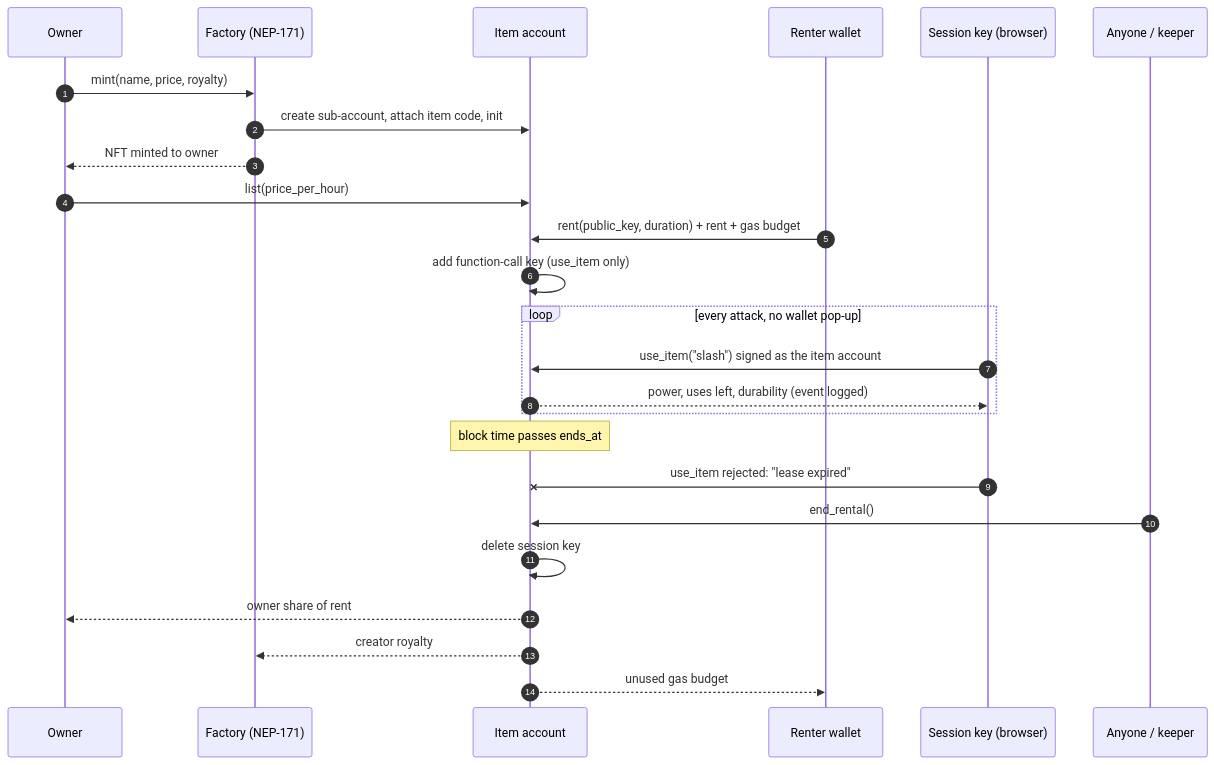
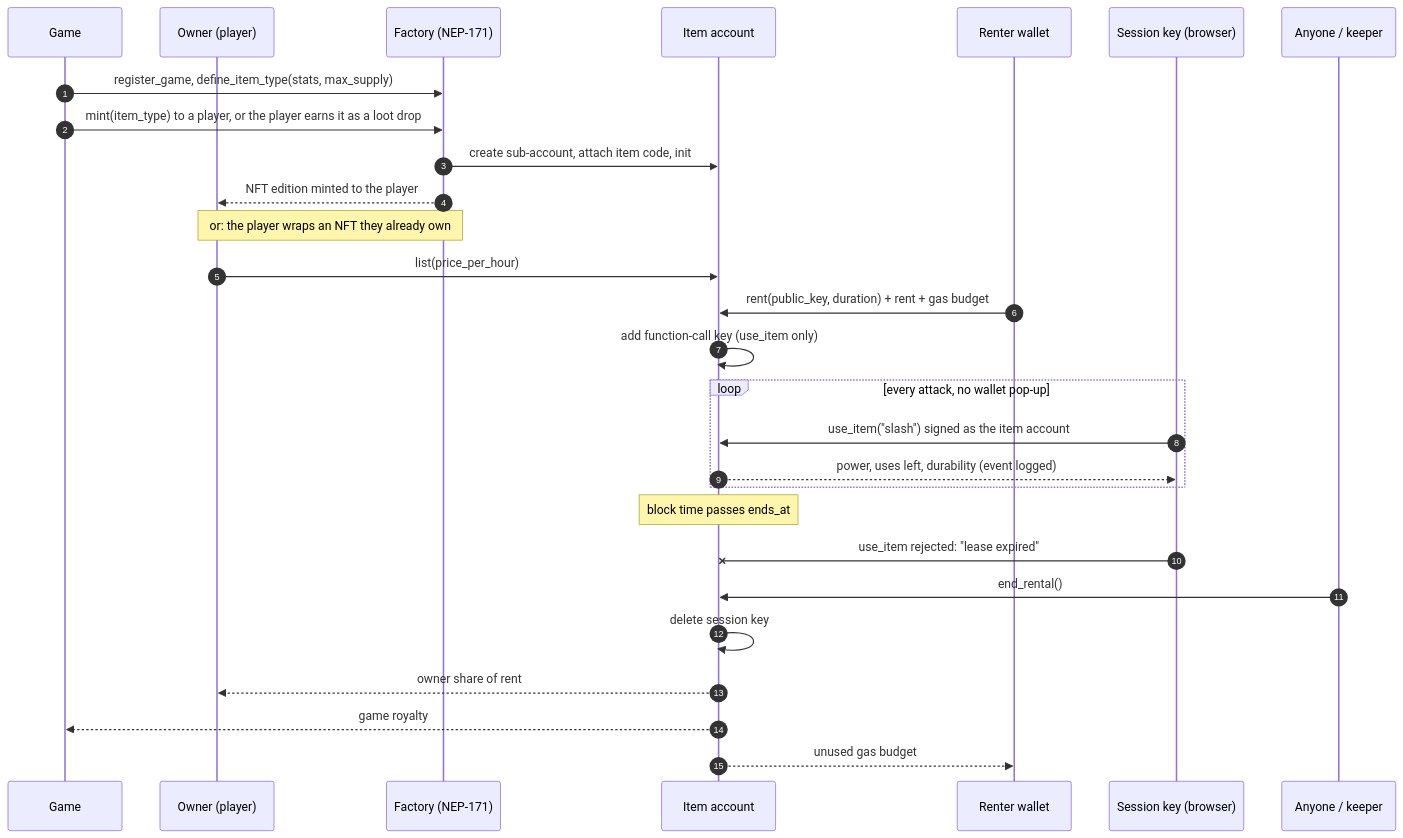
One commit to amannx21/LEASEKEY changed the diagram in README.md. Above: the diagram before and after it, drawn with Mermaid. The commit also changed other lines of this file and 3 other files, not shown here.

Commit message:
Docs: README diagram and features, new DEMO shot list, progress, Q&A 20-21

````diff
--- a/README.md
+++ b/README.md
@@ -47,28 +47,31 @@
 ```mermaid
 sequenceDiagram
     autonumber
-    participant O as Owner
+    participant G as Game
+    participant O as Owner (player)
     participant F as Factory (NEP-171)
     participant I as Item account
     participant R as Renter wallet
     participant K as Session key (browser)
     participant A as Anyone / keeper
 
-    O->>F: mint(name, price, royalty)
+    G->>F: register_game, define_item_type(stats, max_supply)
+    G->>F: mint(item_type) to a player, or the player earns it as a loot drop
     F->>I: create sub-account, attach item code, init
-    F-->>O: NFT minted to owner
+    F-->>O: NFT edition minted to the player
+    Note over O,F: or: the player wraps an NFT they already own
     O->>I: list(price_per_hour)
     R->>I: rent(public_key, duration) + rent + gas budget
     I->>I: add function-call key (use_item only)
     loop every attack, no wallet pop-up
         K->>I: use_item("slash") signed as the item account
         I-->>K: power, uses left, durability (event logged)
     end
     Note over I: block time passes ends_at
     K-xI: use_item rejected: "lease expired"
     A->>I: end_rental()
     I->>I: delete session key
     I-->>O: owner share of rent
-    I-->>F: creator royalty
+    I-->>G: game royalty
     I-->>R: unused gas budget
 ```
````
